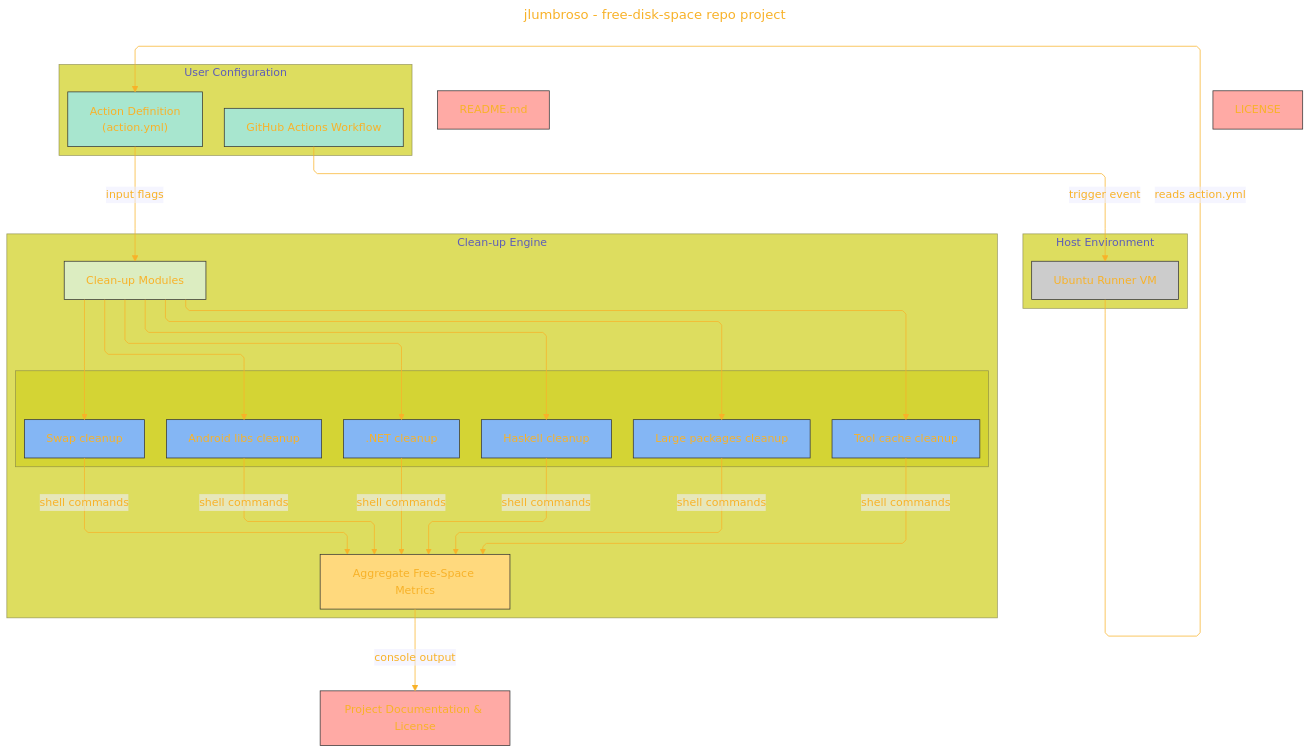
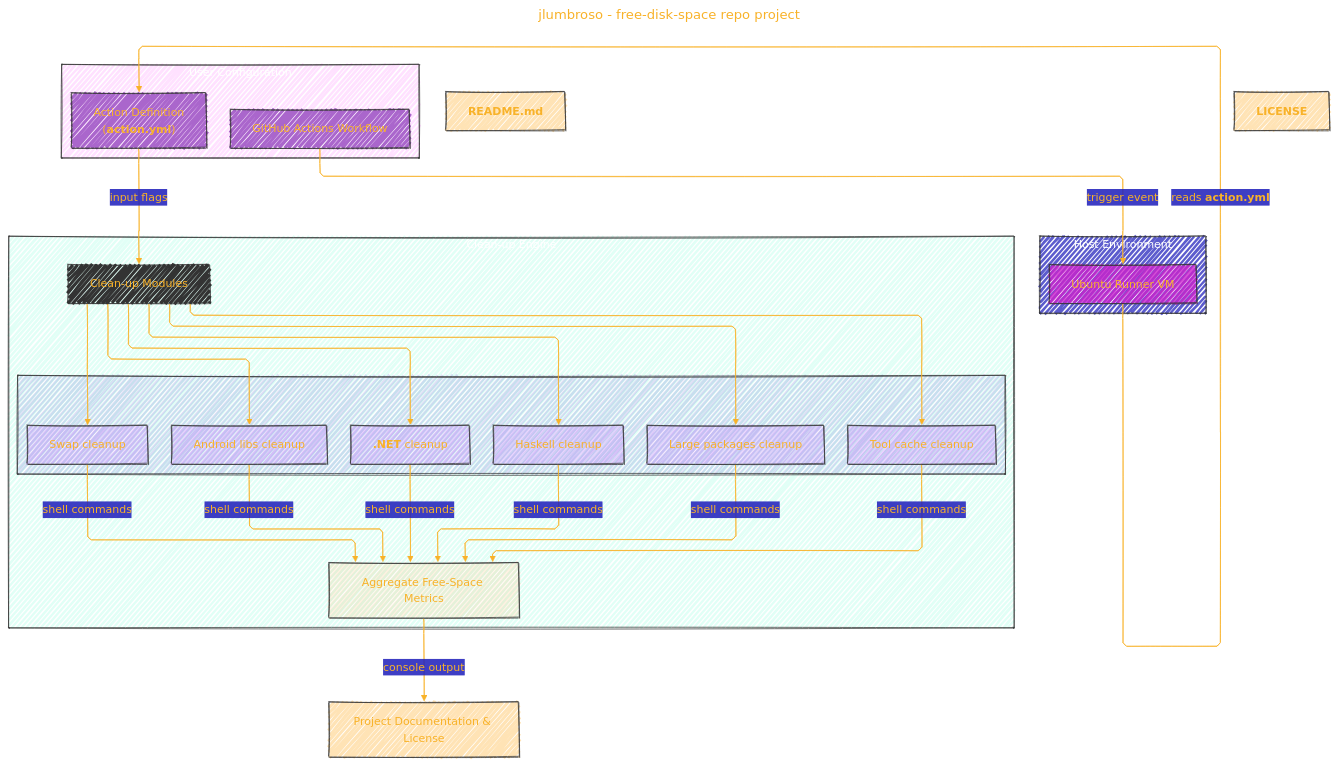
Before and after one commit to CongLeSolutionX/Synthetic-Zooniverse: the first of 2 diagrams in GGML_ORG/OTHER_TOOLS/free-disk-space_jlumbroso.md, drawn with Mermaid.

Commit message:
update notes

````diff
--- a/GGML_ORG/OTHER_TOOLS/free-disk-space_jlumbroso.md
+++ b/GGML_ORG/OTHER_TOOLS/free-disk-space_jlumbroso.md
@@ -50,6 +50,7 @@
 config:
   layout: elk
   theme: base
+  look: handDrawn
 ---
 %%%%%%%% Mermaid version v11.4.1-b.14
 %%%%%%%% Available curve styles include the following keywords:
@@ -63,7 +64,7 @@
       'primaryTextColor': '#F8B229',
       'lineColor': '#F8B229',
       'primaryBorderColor': '#27AE60',
-      'secondaryColor': '#EEF2',
+      'secondaryColor': '#22BB',
       'secondaryTextColor': '#6C3483',
       'secondaryBorderColor': '#A569BD',
       'fontSize': '15px'
@@ -73,21 +74,25 @@
 flowchart TB
     %% Global Layers
     subgraph User_Configuration["User Configuration"]
+    style User_Configuration fill:#F2F2,stroke:#333,stroke-width:1px, color: #FFFF
         Workflow["GitHub Actions Workflow"]:::config
-        ActionDef["Action Definition<br/>(action.yml)"]:::config
+        ActionDef["Action Definition<br/>(<b>action.yml</b>)"]:::config
     end
 
-    subgraph "Host Environment"
+    subgraph Host_Environment["Host Environment"]
+    style Host_Environment fill:#22BB,stroke:#333,stroke-width:1px, color: #FFFF
         Runner["Ubuntu Runner VM"]:::host
     end
 
     subgraph Clean_up_Engine["Clean-up Engine"]
+    style Clean_up_Engine fill:#2FB2,stroke:#333,stroke-width:1px, color: #FFFF
     direction TB
         ModulesGroup["Clean-up Modules"]:::engine
         subgraph Clean_up_engine[" "]
+        style Clean_up_engine fill:#21B2,stroke:#333,stroke-width:1px, color: #FFFF
         direction TB
             Android["Android libs cleanup"]:::module
-            Dotnet[".NET cleanup"]:::module
+            Dotnet["<b>.NET</b> cleanup"]:::module
             Haskell["Haskell cleanup"]:::module
             Large["Large packages cleanup"]:::module
             Toolcache["Tool cache cleanup"]:::module
@@ -97,12 +102,12 @@
     end
 
     DocsGroup["Project Documentation & License"]:::doc
-    README["README.md"]:::doc
-    License["LICENSE"]:::doc
+    README["<b>README.md</b>"]:::doc
+    License["<b>LICENSE</b>"]:::doc
 
     %% Connections
     Workflow -->|"trigger event"| Runner
-    Runner -->|"reads action.yml"| ActionDef
+    Runner -->|"reads <b>action.yml</b>"| ActionDef
     ActionDef -->|"input flags"| ModulesGroup
     ModulesGroup --> Android
     ModulesGroup --> Dotnet
@@ -125,10 +130,10 @@
     click License "https://github.com/jlumbroso/free-disk-space/tree/main/LICENSE"
 
     %% Styles
-    classDef config fill:#a8e6cf,stroke:#333,stroke-width:1px
-    classDef host fill:#ccc,stroke:#333,stroke-width:1px
-    classDef engine fill:#dcedc1,stroke:#333,stroke-width:1px
-    classDef module fill:#84b6f4,stroke:#333,stroke-width:1px
-    classDef log fill:#ffd97d,stroke:#333,stroke-width:1px
-    classDef doc fill:#ffaaa5,stroke:#333,stroke-width:1px
+    classDef config fill:#a6cf,stroke:#333,stroke-width:1px
+    classDef host fill:#c2cc,stroke:#333,stroke-width:1px
+    classDef engine fill:#dcd21,stroke:#333,stroke-width:1px
+    classDef module fill:#b6f4,stroke:#333,stroke-width:1px
+    classDef log fill:#f922,stroke:#333,stroke-width:1px
+    classDef doc fill:#fa25,stroke:#333,stroke-width:1px
 ```
````
